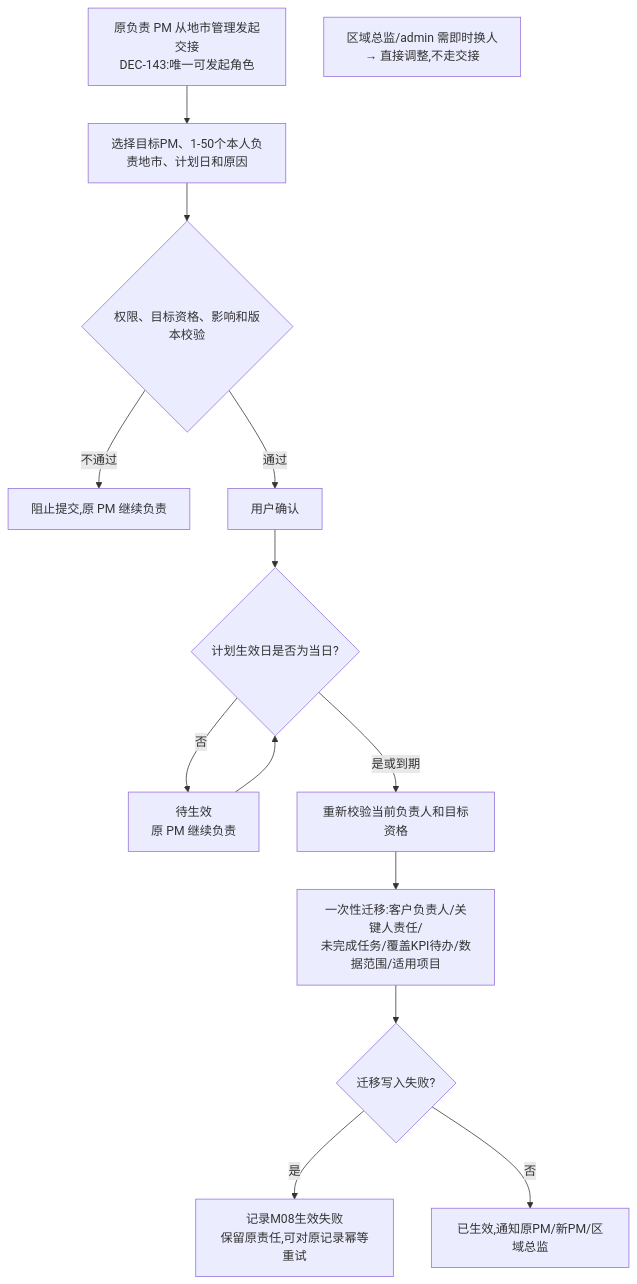
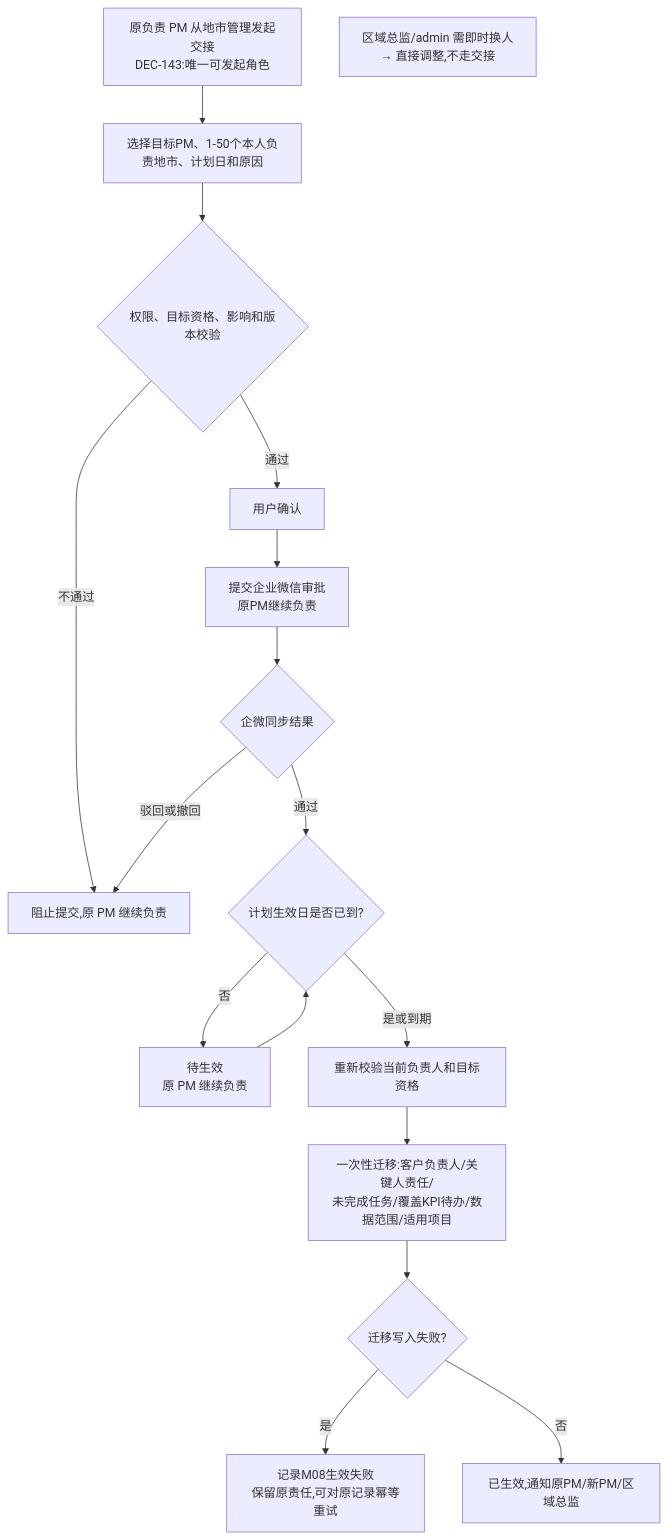
One commit to Joker-1030/Yingjia-Internal-Management-System changed the diagram in prd-workspace/current/user-flows/FLOW-10-M08-city-handover-approval.md. Above: the diagram before and after it, drawn with Mermaid. The commit also changed other lines of this file and 60 other files, not shown here.

````diff
--- a/prd-workspace/current/user-flows/FLOW-10-M08-city-handover-approval.md
+++ b/prd-workspace/current/user-flows/FLOW-10-M08-city-handover-approval.md
@@ -8,16 +8,19 @@
 ```mermaid
 flowchart TD
     A[原负责 PM 从地市管理发起交接<br/>DEC-143:唯一可发起角色] --> B[选择目标PM、1-50个本人负责地市、计划日和原因]
     B --> C{权限、目标资格、影响和版本校验}
     C -- 不通过 --> H[阻止提交,原 PM 继续负责]
     C -- 通过 --> D[用户确认]
-    D --> I{计划生效日是否为当日?}
+    D --> P[提交企业微信审批<br/>原PM继续负责]
+    P --> Q{企微同步结果}
+    Q -- 驳回或撤回 --> H
+    Q -- 通过 --> I{计划生效日是否已到?}
     I -- 否 --> J[待生效<br/>原 PM 继续负责]
     J --> I
     I -- 是或到期 --> E[重新校验当前负责人和目标资格]
     E --> G[一次性迁移:客户负责人/关键人责任/<br/>未完成任务/覆盖KPI待办/数据范围/适用项目]
     G --> K{迁移写入失败?}
     K -- 是 --> L[记录M08生效失败<br/>保留原责任,可对原记录幂等重试]
     K -- 否 --> M[已生效,通知原PM/新PM/区域总监]
     N[区域总监/admin 需即时换人<br/>→ 直接调整,不走交接]
 ```
````
